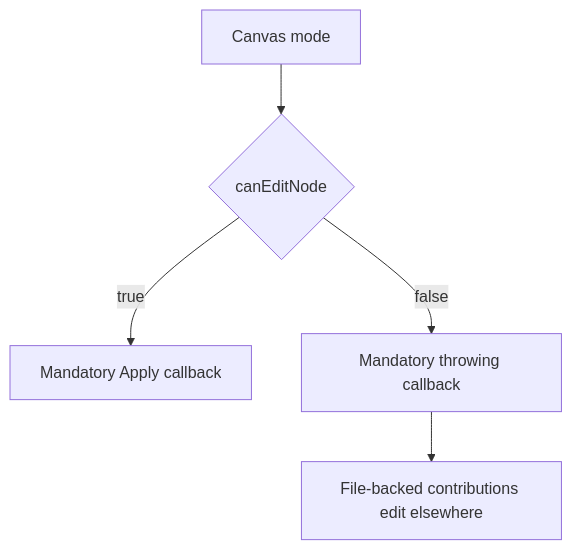
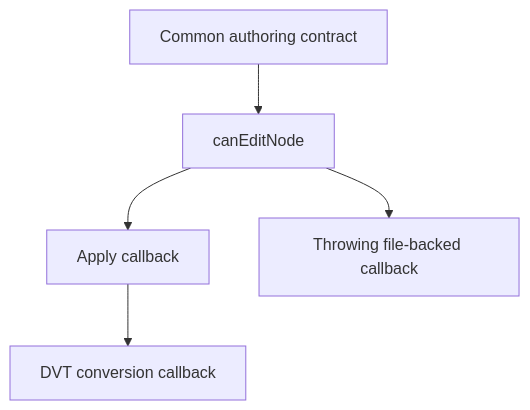
Before and after one commit to dunay2/dvt: the first of 6 diagrams in docs/planning/proposals/mandatory/frontend-and-ux/canvas-node-workbench-hardening-plan-20260808.md, drawn with Mermaid. The commit also changed other lines of this file, not shown here.

Commit message:
docs(docs): Decouple Node Properties authoring ports

````diff
--- a/docs/planning/proposals/mandatory/frontend-and-ux/canvas-node-workbench-hardening-plan-20260808.md
+++ b/docs/planning/proposals/mandatory/frontend-and-ux/canvas-node-workbench-hardening-plan-20260808.md
@@ -102,7 +113,7 @@
 ```mermaid
 flowchart TD
-    A["Canvas mode"] --> B{"canEditNode"}
-    B -->|true| C["Mandatory Apply callback"]
-    B -->|false| D["Mandatory throwing callback"]
-    D --> E["File-backed contributions edit elsewhere"]
+    A["Common authoring contract"] --> B["canEditNode"]
+    B --> C["Apply callback"]
+    C --> D["DVT conversion callback"]
+    B --> E["Throwing file-backed callback"]
 ```
````
